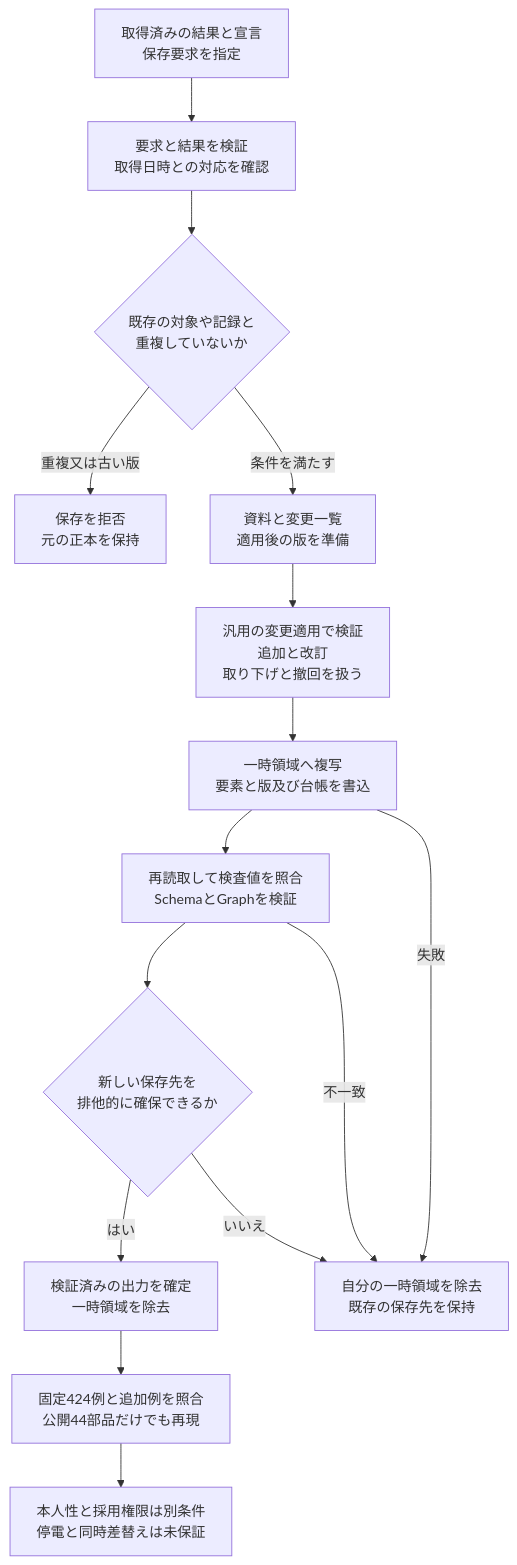
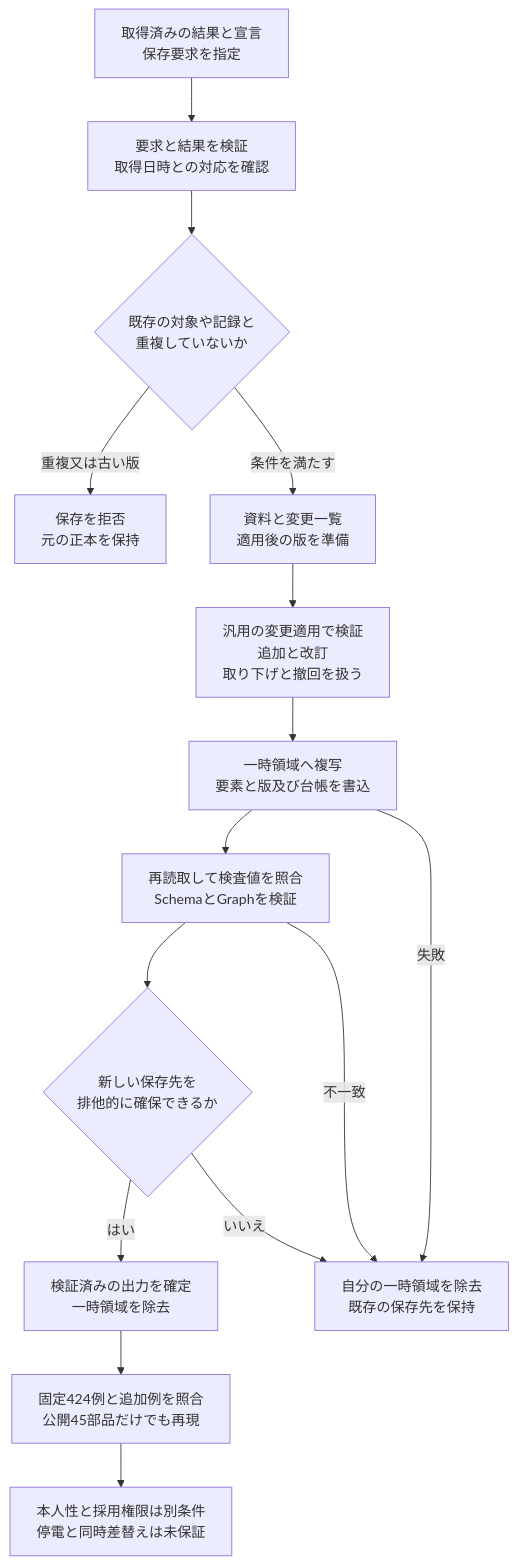
Before and after one commit to koukemo/morivyx: the diagram in docs/diagrams/python-import-snapshot-creation.mmd, drawn with Mermaid. The commit also changed 40 other files, not shown here.

```diff
--- a/docs/diagrams/python-import-snapshot-creation.mmd
+++ b/docs/diagrams/python-import-snapshot-creation.mmd
@@ -1,15 +1,15 @@
 flowchart TD
   A[取得済みの結果と宣言<br/>保存要求を指定] --> B[要求と結果を検証<br/>取得日時との対応を確認]
   B --> C{既存の対象や記録と<br/>重複していないか}
   C -->|重複又は古い版| D[保存を拒否<br/>元の正本を保持]
   C -->|条件を満たす| E[資料と変更一覧<br/>適用後の版を準備]
   E --> F[汎用の変更適用で検証<br/>追加と改訂<br/>取り下げと撤回を扱う]
   F --> G[一時領域へ複写<br/>要素と版及び台帳を書込]
   G --> H[再読取して検査値を照合<br/>SchemaとGraphを検証]
   H --> I{新しい保存先を<br/>排他的に確保できるか}
   I -->|はい| J[検証済みの出力を確定<br/>一時領域を除去]
   I -->|いいえ| K[自分の一時領域を除去<br/>既存の保存先を保持]
   G -->|失敗| K
   H -->|不一致| K
-  J --> L[固定424例と追加例を照合<br/>公開44部品だけでも再現]
+  J --> L[固定424例と追加例を照合<br/>公開45部品だけでも再現]
   L --> M[本人性と採用権限は別条件<br/>停電と同時差替えは未保証]
```
